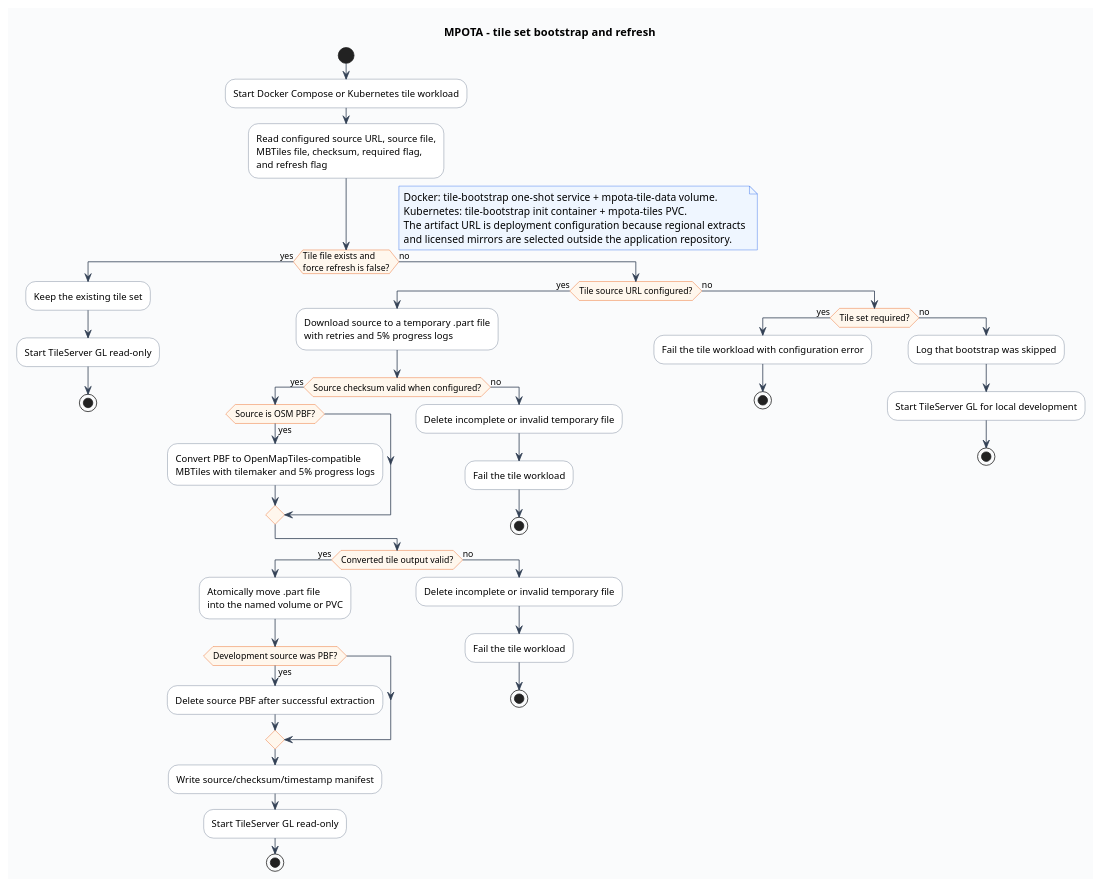
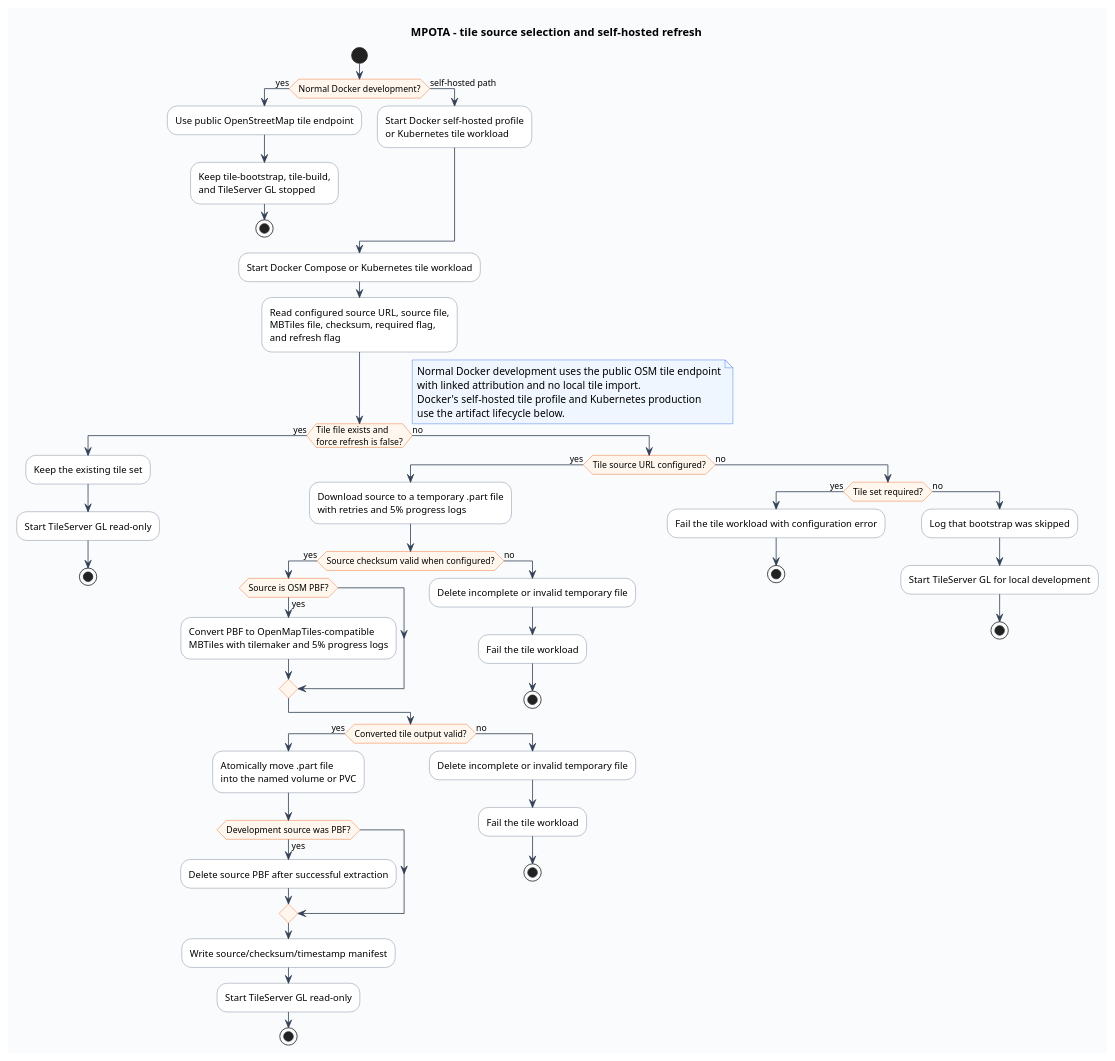
One commit to ea7klk/mpota changed the diagram in docs/architecture/mpota-tile-update.puml. Above: the diagram before and after it, drawn with PlantUML. The commit also changed 8 other files, not shown here.

Commit message:
Use public OSM tiles for development

```diff
--- a/docs/architecture/mpota-tile-update.puml
+++ b/docs/architecture/mpota-tile-update.puml
@@ -1,75 +1,90 @@
 @startuml MPOTA_Tile_Update
-title MPOTA - tile set bootstrap and refresh
+title MPOTA - tile source selection and self-hosted refresh
 
 skinparam shadowing false
 skinparam backgroundColor #FAFBFC
 skinparam activity {
   BackgroundColor #FFFFFF
   BorderColor #64748B
   DiamondBackgroundColor #FFF7ED
   DiamondBorderColor #EA580C
   ArrowColor #334155
 }
 skinparam note {
   BackgroundColor #EFF6FF
   BorderColor #2563EB
 }
 
 start
+if (Normal Docker development?) then (yes)
+  :Use public OpenStreetMap tile endpoint;
+  :Keep tile-bootstrap, tile-build,
+and TileServer GL stopped;
+  stop
+else (self-hosted path)
+  :Start Docker self-hosted profile\nor Kubernetes tile workload;
+endif
 :Start Docker Compose or Kubernetes tile workload;
 :Read configured source URL, source file,
 MBTiles file, checksum, required flag,
 and refresh flag;
 
 if (Tile file exists and
 force refresh is false?) then (yes)
   :Keep the existing tile set;
   :Start TileServer GL read-only;
   stop
 else (no)
   if (Tile source URL configured?) then (yes)
     :Download source to a temporary .part file
 with retries and 5% progress logs;
     if (Source checksum valid when configured?) then (yes)
       if (Source is OSM PBF?) then (yes)
         :Convert PBF to OpenMapTiles-compatible
 MBTiles with tilemaker and 5% progress logs;
       endif
     else (no)
       :Delete incomplete or invalid temporary file;
       :Fail the tile workload;
       stop
     endif
       if (Converted tile output valid?) then (yes)
         :Atomically move .part file
 into the named volume or PVC;
         if (Development source was PBF?) then (yes)
           :Delete source PBF after successful extraction;
         endif
       :Write source/checksum/timestamp manifest;
       :Start TileServer GL read-only;
       stop
     else (no)
       :Delete incomplete or invalid temporary file;
       :Fail the tile workload;
       stop
     endif
   else (no)
     if (Tile set required?) then (yes)
       :Fail the tile workload with configuration error;
       stop
     else (no)
       :Log that bootstrap was skipped;
       :Start TileServer GL for local development;
       stop
     endif
   endif
 endif
 
 note right
+Normal Docker development uses the public OSM tile endpoint
+with linked attribution and no local tile import.
+Docker's self-hosted tile profile and Kubernetes production
+use the artifact lifecycle below.
+end note
+
+note right
 Docker: tile-bootstrap one-shot service + mpota-tile-data volume.
 Kubernetes: tile-bootstrap init container + mpota-tiles PVC.
 The artifact URL is deployment configuration because regional extracts
 and licensed mirrors are selected outside the application repository.
 end note
 @enduml
```
